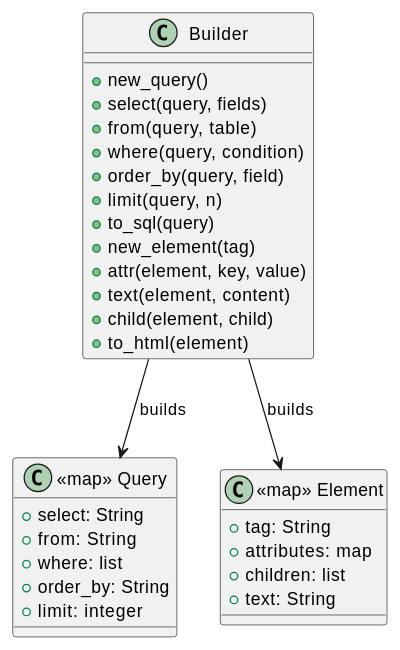
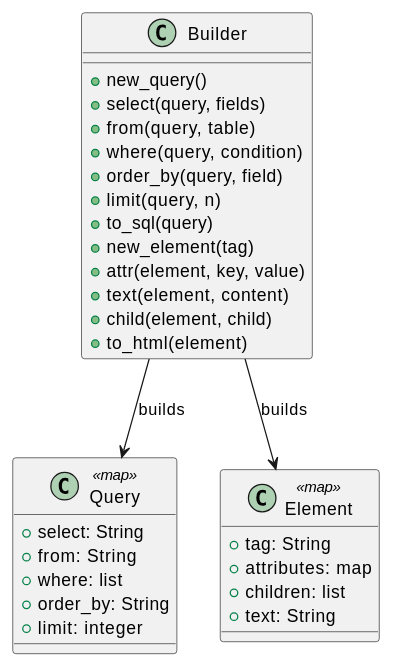
The diagram in docs/article/elixir/15-builder.md (k2works/getting-started-design-pattern), drawn with PlantUML before and after one commit. The commit also changed 73 other files, not shown here.

Commit message:
docs(article): PlantUML 表記と記事ナビゲーションを整理

````diff
--- a/docs/article/elixir/15-builder.md
+++ b/docs/article/elixir/15-builder.md
@@ -9,36 +9,36 @@
 ```plantuml
 @startuml
 class "Builder" as B {
   + new_query()
   + select(query, fields)
   + from(query, table)
   + where(query, condition)
   + order_by(query, field)
   + limit(query, n)
   + to_sql(query)
   + new_element(tag)
   + attr(element, key, value)
   + text(element, content)
   + child(element, child)
   + to_html(element)
 }
 
-class "<<map>> Query" as Q {
+class "Query" as Q <<map>> {
   + select: String
   + from: String
   + where: list
   + order_by: String
   + limit: integer
 }
 
-class "<<map>> Element" as E {
+class "Element" as E <<map>> {
   + tag: String
   + attributes: map
   + children: list
   + text: String
 }
 
 B --> Q : builds
 B --> E : builds
 @enduml
 ```
````
